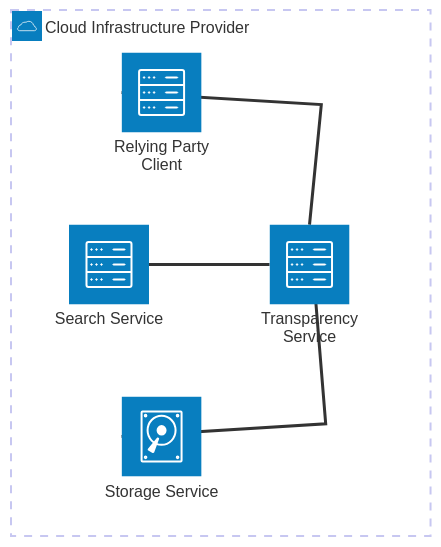
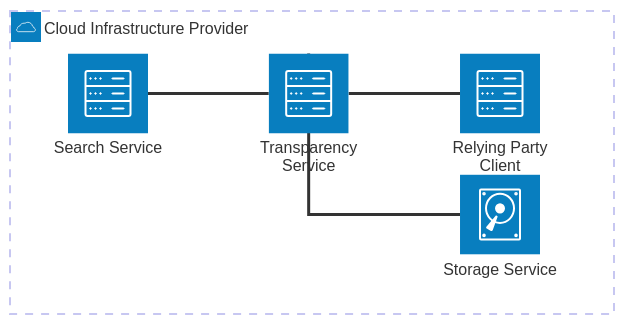
Before and after one commit to aj-stein/conmotion: the diagram in docs/arch_provider-only.mmd, drawn with Mermaid.

Commit message:
Improve basic arch diagram component organization

```diff
--- a/docs/arch_provider-only.mmd
+++ b/docs/arch_provider-only.mmd
@@ -1,11 +1,11 @@
 architecture-beta
     group provider(cloud)[Cloud Infrastructure Provider]
 
     service provider_storage(disk)[Storage Service] in provider
     service provider_tscore(server)[Transparency Service] in provider
     service provider_search(server)[Search Service] in provider
     service provider_rp(server)[Relying Party Client] in provider
 
     provider_tscore:T -- L:provider_storage
     provider_tscore:L -- R:provider_search
-    provider_tscore:T -- L:provider_rp
+    provider_tscore:R -- L:provider_rp
```
